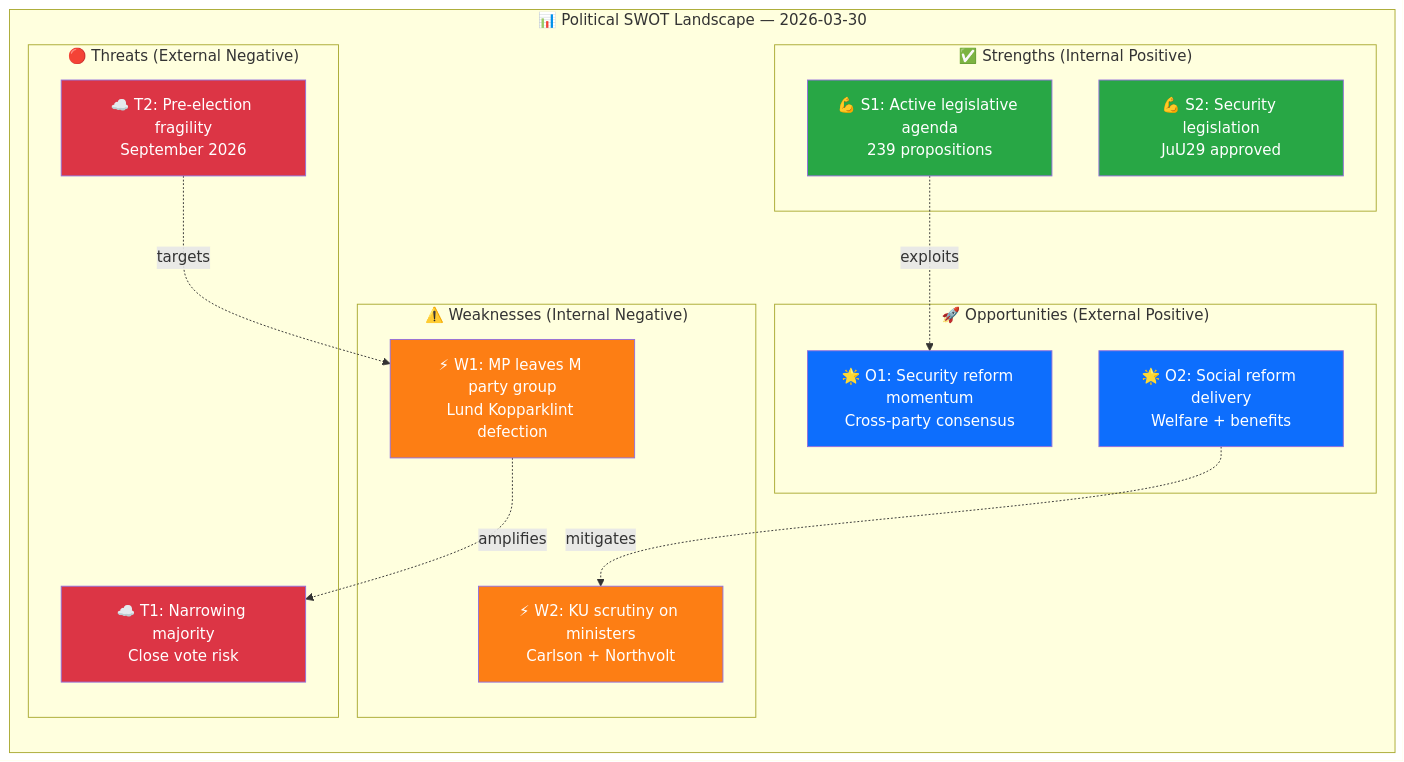
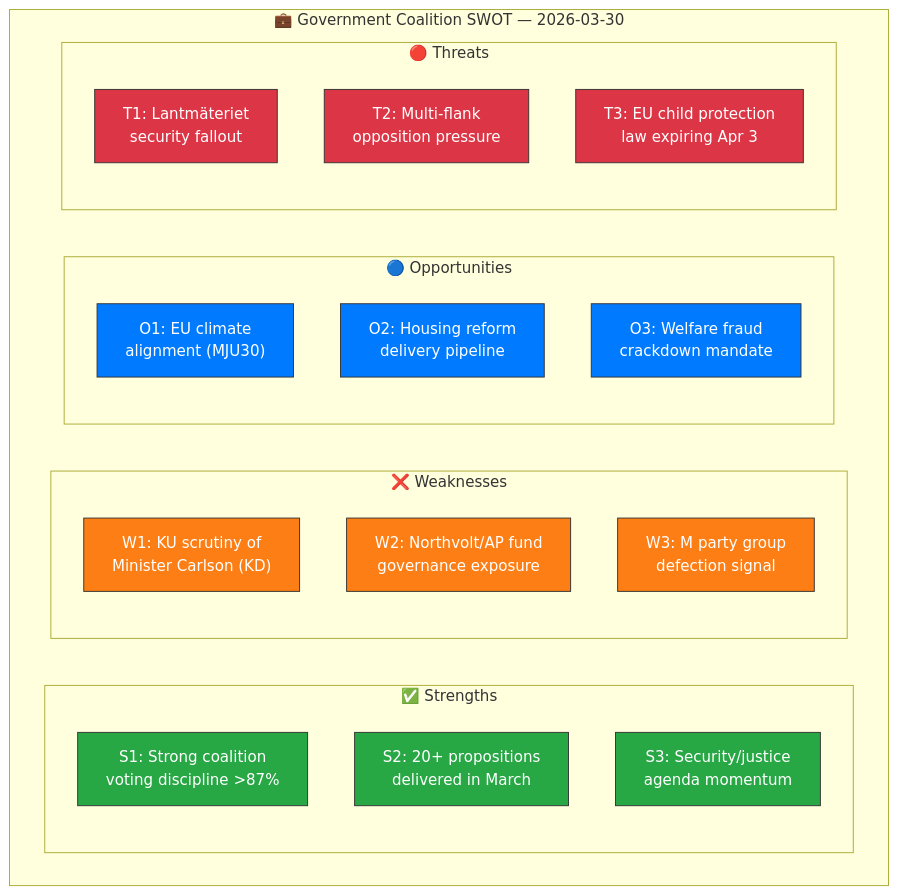
The diagram in analysis/daily/2026-03-30/swot-analysis.md (Hack23/riksdagsmonitor), drawn with Mermaid before and after one commit. The commit also changed other lines of this file and 29 other files, not shown here.

First line of the commit message:
🔴 Breaking: KU Hearings on Northvolt/Lantmäteriet + M Party Defection - 2026-03-30

````diff
--- a/analysis/daily/2026-03-30/swot-analysis.md
+++ b/analysis/daily/2026-03-30/swot-analysis.md
@@ -131,36 +60,38 @@
 ```mermaid
 graph TD
-    subgraph "📊 Political SWOT Landscape — 2026-03-30"
-        direction TB
-        subgraph "✅ Strengths (Internal Positive)"
-            S1N["💪 S1: Active legislative agenda<br/>239 propositions"]
-            S2N["💪 S2: Security legislation<br/>JuU29 approved"]
+    subgraph "💼 Government Coalition SWOT — 2026-03-30"
+        subgraph "✅ Strengths"
+            S1["S1: Strong coalition<br/>voting discipline >87%"]
+            S2["S2: 20+ propositions<br/>delivered in March"]
+            S3["S3: Security/justice<br/>agenda momentum"]
         end
-        subgraph "⚠️ Weaknesses (Internal Negative)"
-            W1N["⚡ W1: MP leaves M party group<br/>Lund Kopparklint defection"]
-            W2N["⚡ W2: KU scrutiny on ministers<br/>Carlson + Northvolt"]
+        subgraph "❌ Weaknesses"
+            W1["W1: KU scrutiny of<br/>Minister Carlson (KD)"]
+            W2["W2: Northvolt/AP fund<br/>governance exposure"]
+            W3["W3: M party group<br/>defection signal"]
         end
-        subgraph "🚀 Opportunities (External Positive)"
-            O1N["🌟 O1: Security reform momentum<br/>Cross-party consensus"]
-            O2N["🌟 O2: Social reform delivery<br/>Welfare + benefits"]
+        subgraph "🔵 Opportunities"
+            O1["O1: EU climate<br/>alignment (MJU30)"]
+            O2["O2: Housing reform<br/>delivery pipeline"]
+            O3["O3: Welfare fraud<br/>crackdown mandate"]
         end
-        subgraph "🔴 Threats (External Negative)"
-            T1N["☁️ T1: Narrowing majority<br/>Close vote risk"]
-            T2N["☁️ T2: Pre-election fragility<br/>September 2026"]
+        subgraph "🔴 Threats"
+            T1["T1: Lantmäteriet<br/>security fallout"]
+            T2["T2: Multi-flank<br/>opposition pressure"]
+            T3["T3: EU child protection<br/>law expiring Apr 3"]
         end
     end
 
-    S1N -.->|"exploits"| O1N
-    W1N -.->|"amplifies"| T1N
-    O2N -.->|"mitigates"| W2N
-    T2N -.->|"targets"| W1N
-
-    style S1N fill:#28a745,color:#fff
-    style S2N fill:#28a745,color:#fff
-    style W1N fill:#fd7e14,color:#fff
-    style W2N fill:#fd7e14,color:#fff
-    style O1N fill:#0d6efd,color:#fff
-    style O2N fill:#0d6efd,color:#fff
-    style T1N fill:#dc3545,color:#fff
-    style T2N fill:#dc3545,color:#fff
+    style S1 fill:#28a745,stroke:#333,color:#fff
+    style S2 fill:#28a745,stroke:#333,color:#fff
+    style S3 fill:#28a745,stroke:#333,color:#fff
+    style W1 fill:#fd7e14,stroke:#333,color:#fff
+    style W2 fill:#fd7e14,stroke:#333,color:#fff
+    style W3 fill:#fd7e14,stroke:#333,color:#fff
+    style O1 fill:#007bff,stroke:#333,color:#fff
+    style O2 fill:#007bff,stroke:#333,color:#fff
+    style O3 fill:#007bff,stroke:#333,color:#fff
+    style T1 fill:#dc3545,stroke:#333,color:#fff
+    style T2 fill:#dc3545,stroke:#333,color:#fff
+    style T3 fill:#dc3545,stroke:#333,color:#fff
 ```
````
